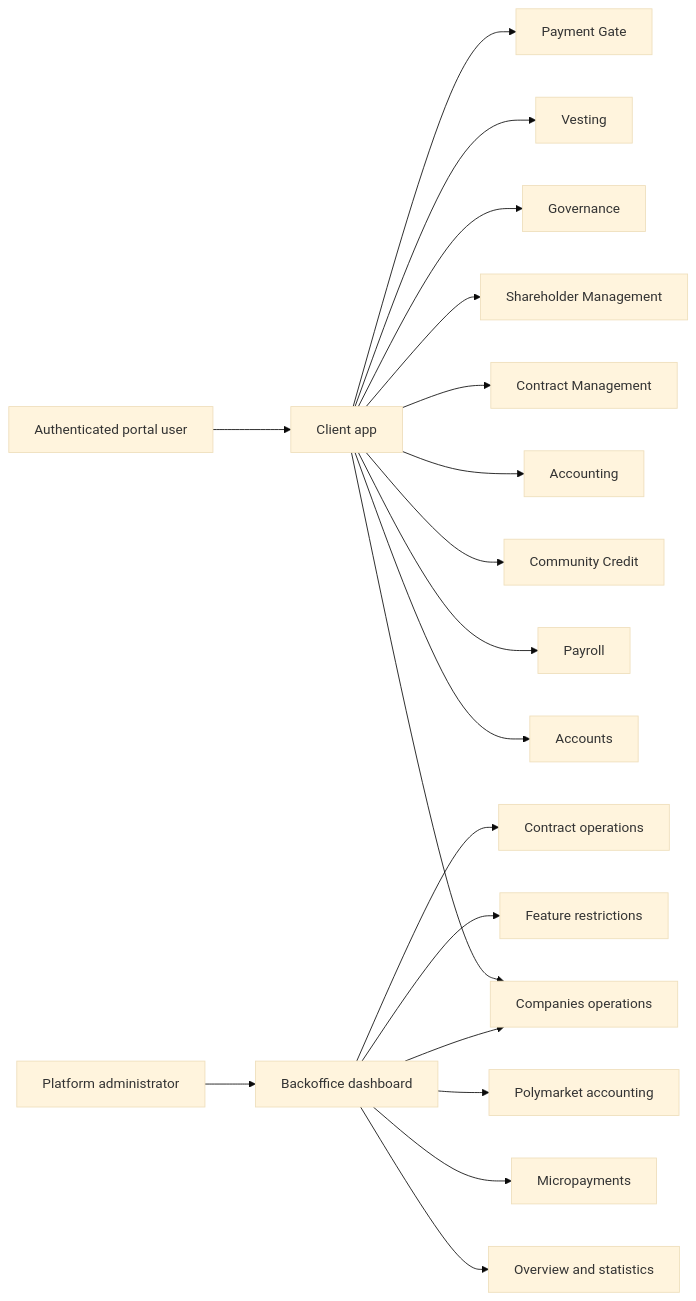
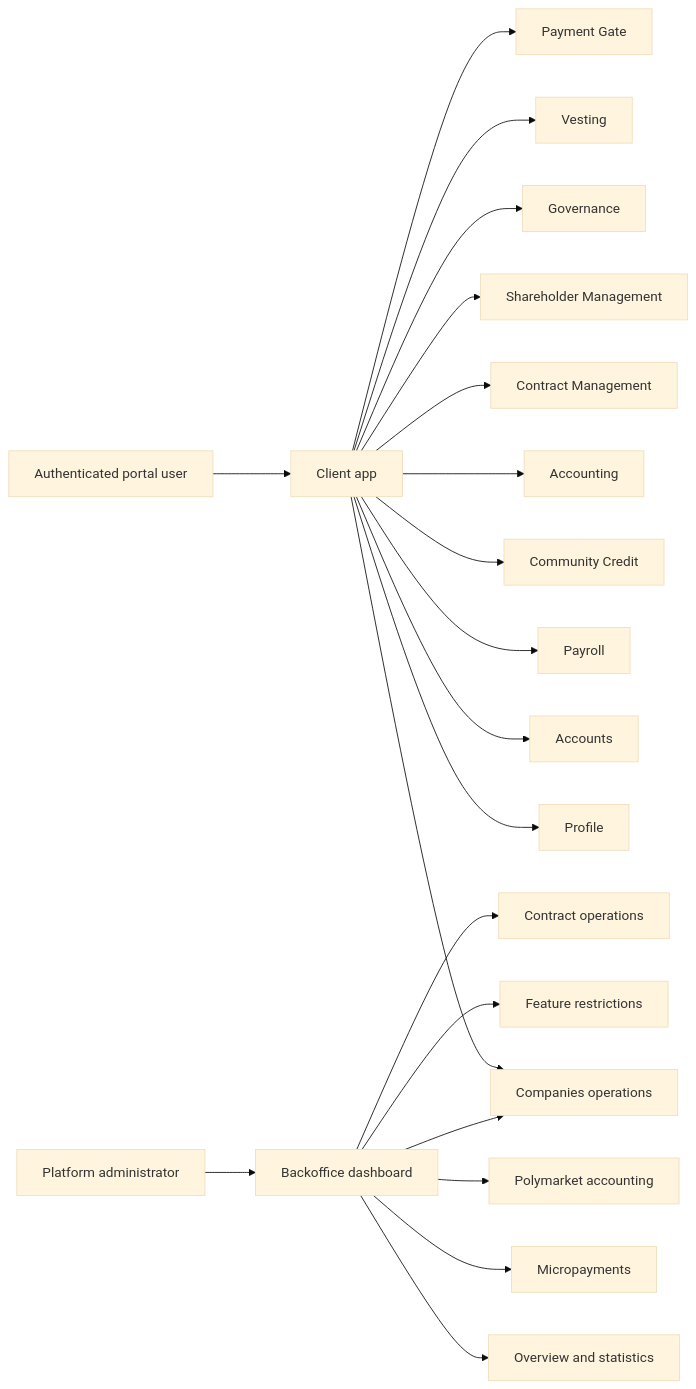
Before and after one commit to globe-and-citizen/cnc-portal: the diagram in docs/features/README.md, drawn with Mermaid (base theme). The commit also changed other lines of this file and 7 other files, not shown here.

Commit message:
docs: 📝 attest mutation flow documentation

````diff
--- a/docs/features/README.md
+++ b/docs/features/README.md
@@ -14,23 +14,24 @@
 ```mermaid
 flowchart LR
   user[Authenticated portal user] --> app[Client app]
   admin[Platform administrator] --> backoffice[Backoffice dashboard]
 
   app --> companies[Companies and workspace]
+  app --> profile[Profile]
   app --> accounts[Accounts]
   app --> payroll[Payroll]
   app --> credit[Community Credit]
   app --> accounting[Accounting]
   app --> contracts[Contract Management]
   app --> shareholderManagement[Shareholder Management]
   app --> governance[Governance]
   app --> vesting[Vesting]
   app --> paymentGate[Payment Gate]
 
   backoffice --> overview[Overview and statistics]
   backoffice --> companies[Companies operations]
   backoffice --> fees[Micropayments]
   backoffice --> polymarket[Polymarket accounting]
   backoffice --> restrictions[Feature restrictions]
   backoffice --> contractOps[Contract operations]
 ```
````
